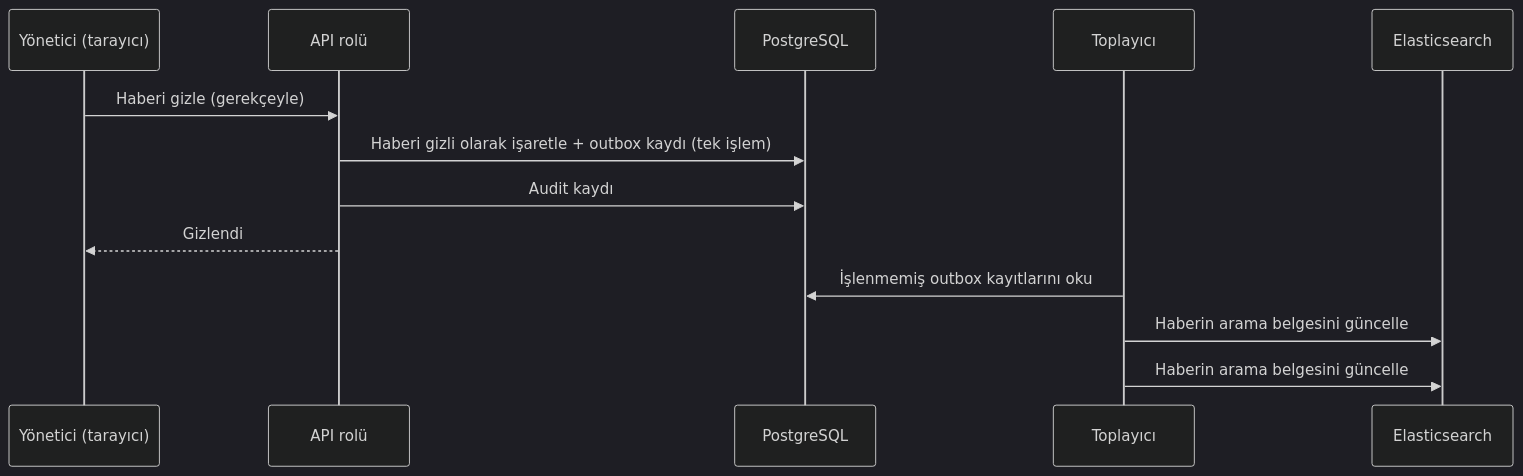
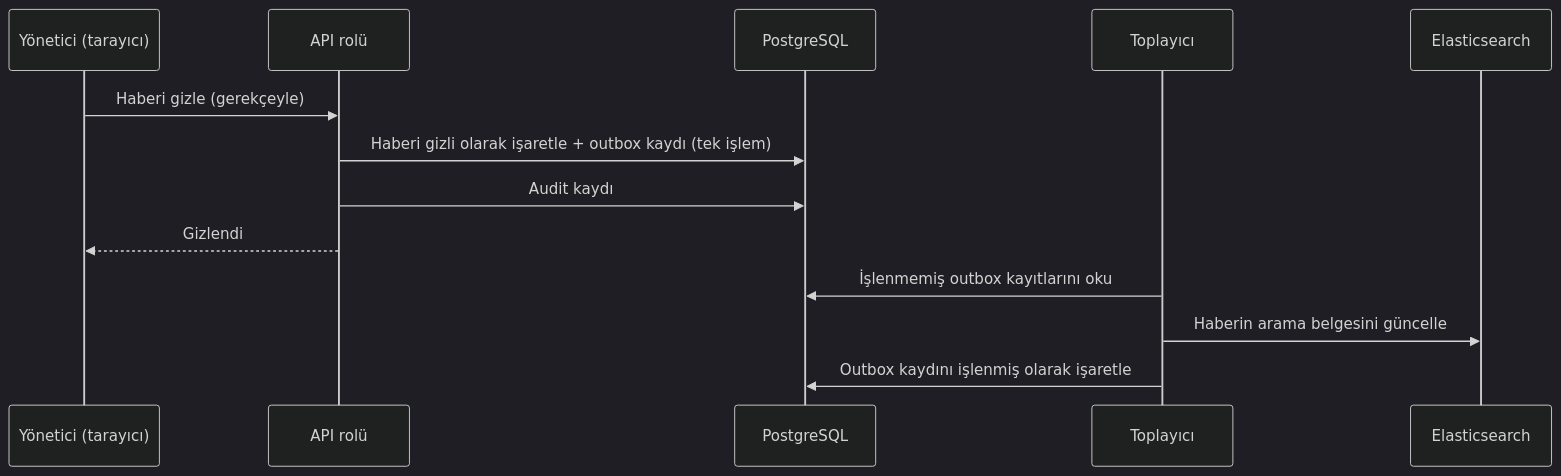
One commit to FallErdem/haber-arama-platformu changed the eighth of 8 diagrams in docs/04-mimari.md. Above: the diagram before and after it, drawn with Mermaid (dark theme).

Commit message:
docs: haber gizleme akışındaki outbox adımı düzeltildi

````diff
--- a/docs/04-mimari.md
+++ b/docs/04-mimari.md
@@ -225,16 +225,16 @@
 ```mermaid
 sequenceDiagram
     participant Y as Yönetici (tarayıcı)
     participant A as API rolü
     participant PG as PostgreSQL
     participant T as Toplayıcı
     participant ES as Elasticsearch
 
     Y->>A: Haberi gizle (gerekçeyle)
     A->>PG: Haberi gizli olarak işaretle + outbox kaydı (tek işlem)
     A->>PG: Audit kaydı
     A-->>Y: Gizlendi
     T->>PG: İşlenmemiş outbox kayıtlarını oku
     T->>ES: Haberin arama belgesini güncelle
-    T->>ES: Haberin arama belgesini güncelle
+    T->>PG: Outbox kaydını işlenmiş olarak işaretle
 ```
````
